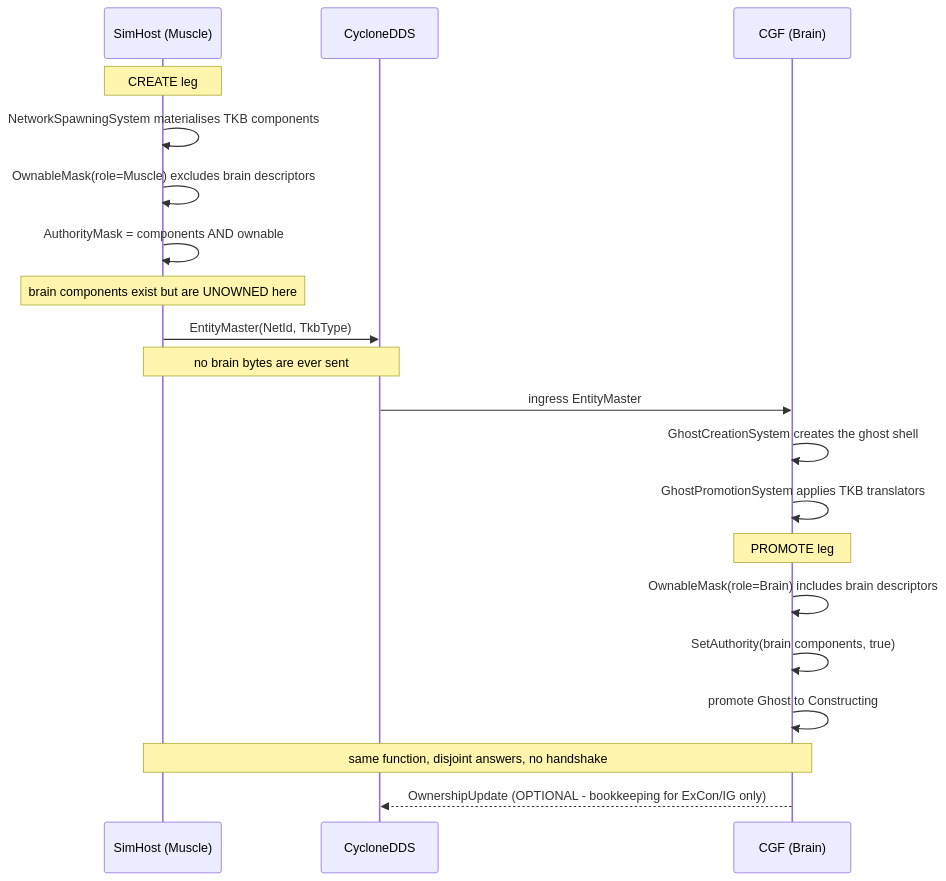
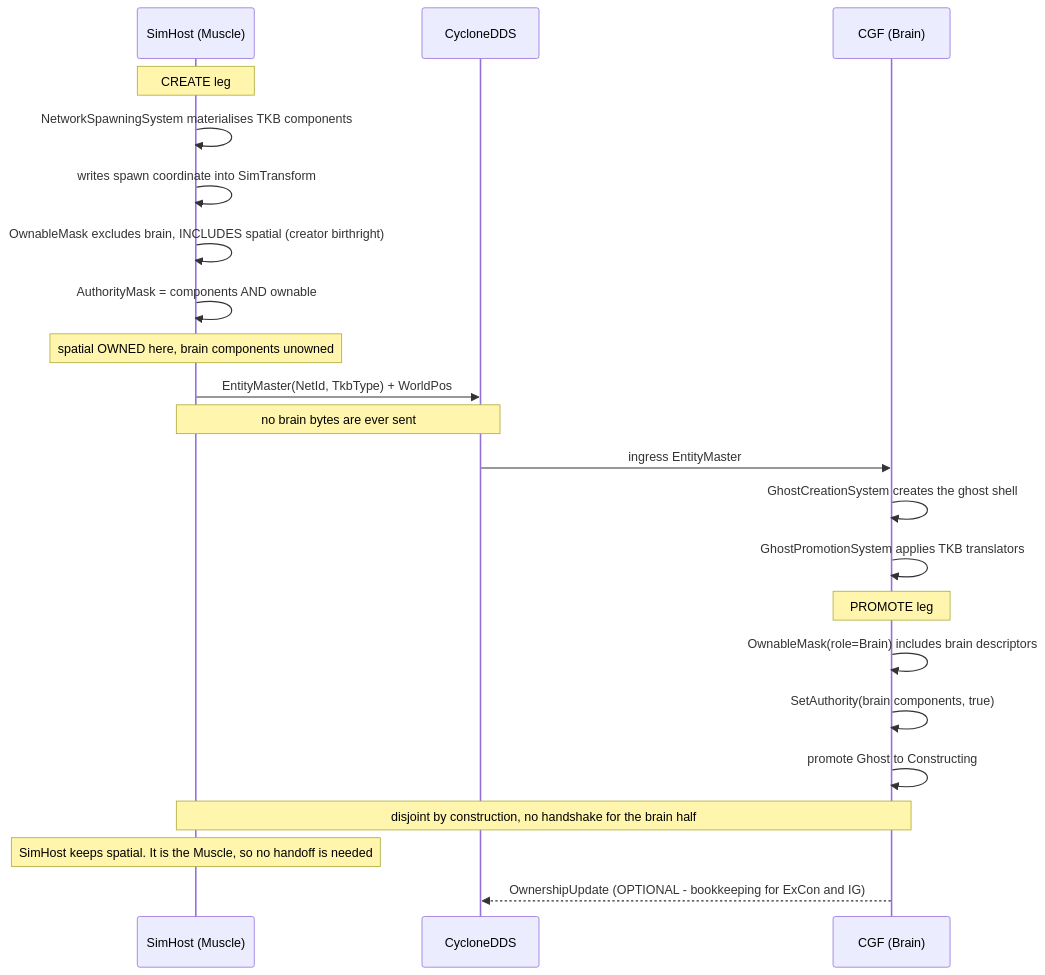
Before and after one commit to pjanec/HROT: the second of 3 diagrams in docs/DESIGN_Role_Affinity_Ownership.md, drawn with Mermaid. The commit also changed other lines of this file, not shown here.

````diff
--- a/docs/DESIGN_Role_Affinity_Ownership.md
+++ b/docs/DESIGN_Role_Affinity_Ownership.md
@@ -199,26 +262,28 @@
 ```mermaid
 sequenceDiagram
     participant SH as SimHost (Muscle)
     participant DDS as CycloneDDS
     participant CGF as CGF (Brain)
 
     Note over SH: CREATE leg
     SH->>SH: NetworkSpawningSystem materialises TKB components
-    SH->>SH: OwnableMask(role=Muscle) excludes brain descriptors
+    SH->>SH: writes spawn coordinate into SimTransform
+    SH->>SH: OwnableMask excludes brain, INCLUDES spatial (creator birthright)
     SH->>SH: AuthorityMask = components AND ownable
-    Note over SH: brain components exist but are UNOWNED here
+    Note over SH: spatial OWNED here, brain components unowned
 
-    SH->>DDS: EntityMaster(NetId, TkbType)
+    SH->>DDS: EntityMaster(NetId, TkbType) + WorldPos
     Note over SH,DDS: no brain bytes are ever sent
 
     DDS->>CGF: ingress EntityMaster
     CGF->>CGF: GhostCreationSystem creates the ghost shell
     CGF->>CGF: GhostPromotionSystem applies TKB translators
     Note over CGF: PROMOTE leg
     CGF->>CGF: OwnableMask(role=Brain) includes brain descriptors
     CGF->>CGF: SetAuthority(brain components, true)
     CGF->>CGF: promote Ghost to Constructing
 
-    Note over SH,CGF: same function, disjoint answers, no handshake
-    CGF-->>DDS: OwnershipUpdate (OPTIONAL - bookkeeping for ExCon/IG only)
+    Note over SH,CGF: disjoint by construction, no handshake for the brain half
+    Note over SH: SimHost keeps spatial. It is the Muscle, so no handoff is needed
+    CGF-->>DDS: OwnershipUpdate (OPTIONAL - bookkeeping for ExCon and IG)
 ```
````
